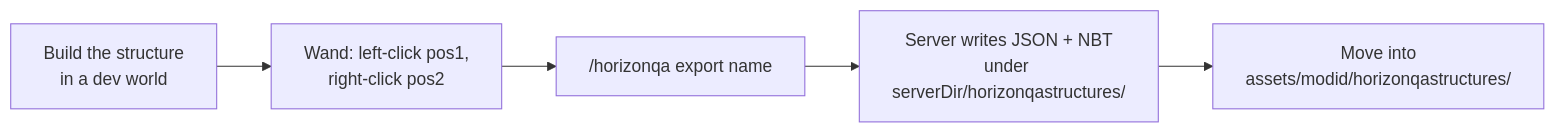
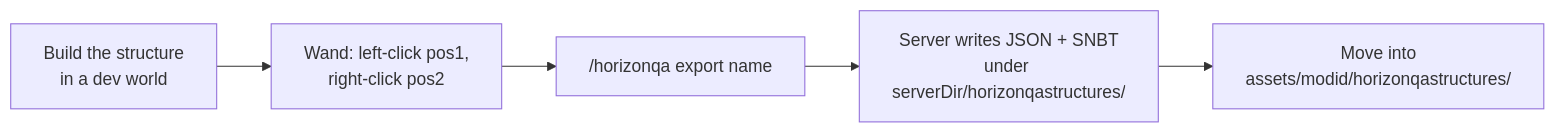
Before and after one commit to GTNewHorizons/Horizon-QA: the diagram in docs/guide/structures.md, drawn with Mermaid. The commit also changed other lines of this file and 20 other files, not shown here.

````diff
--- a/docs/guide/structures.md
+++ b/docs/guide/structures.md
@@ -40,7 +41,7 @@
 ```mermaid
 flowchart LR
     A[Build the structure<br/>in a dev world] --> B[Wand: left-click pos1,<br/>right-click pos2]
     B --> C["/horizonqa export name"]
-    C --> D[Server writes JSON + NBT<br/>under serverDir/horizonqastructures/]
+    C --> D[Server writes JSON + SNBT<br/>under serverDir/horizonqastructures/]
     D --> E[Move into<br/>assets/modid/horizonqastructures/]
 ```
````
